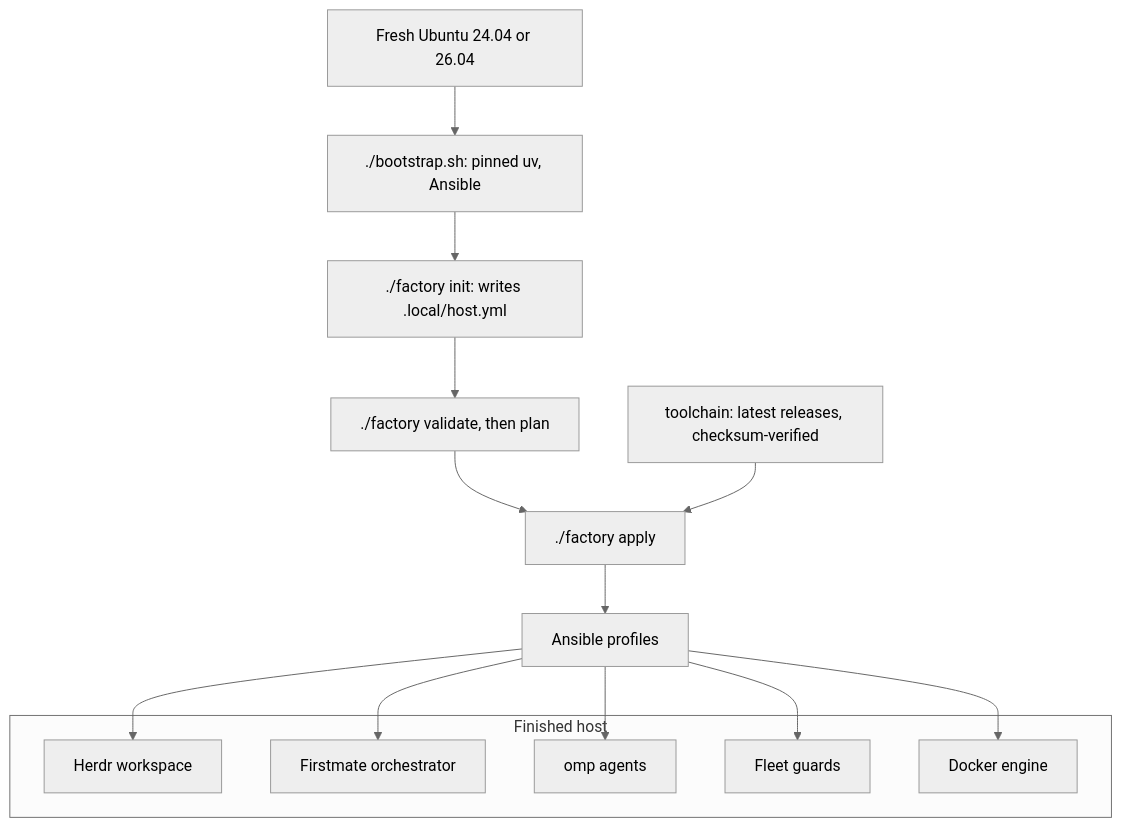
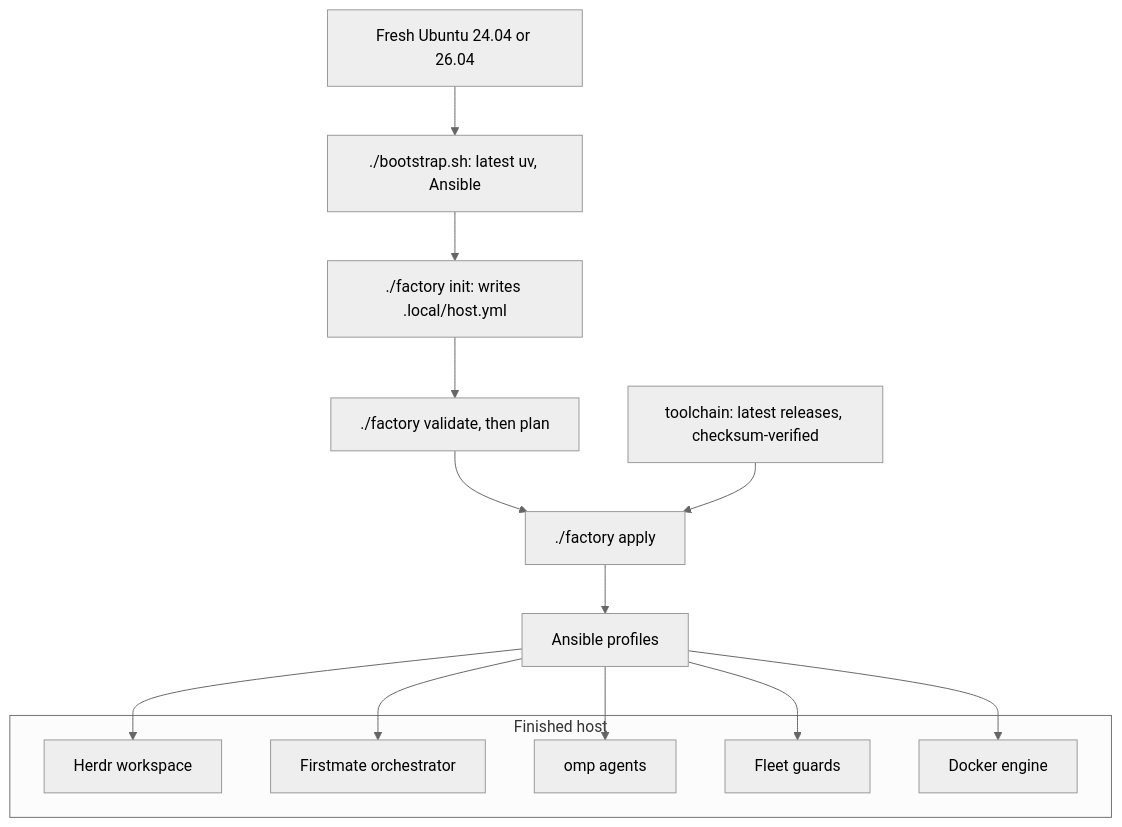
The diagram in README.md (i098/Code-Factory), drawn with Mermaid (neutral theme) before and after one commit. The commit also changed other lines of this file and 37 other files, not shown here.

````diff
--- a/README.md
+++ b/README.md
@@ -5,21 +5,21 @@
 ```mermaid
 flowchart TD
-    box["Fresh Ubuntu 24.04 or 26.04"] --> boot["./bootstrap.sh: pinned uv, Ansible"]
+    box["Fresh Ubuntu 24.04 or 26.04"] --> boot["./bootstrap.sh: latest uv, Ansible"]
     boot --> init["./factory init: writes .local/host.yml"]
     init --> check["./factory validate, then plan"]
     check --> apply["./factory apply"]
     lock["toolchain: latest releases, checksum-verified"] --> apply
     apply --> profiles["Ansible profiles"]
     subgraph host["Finished host"]
         herdr["Herdr workspace"]
         fm["Firstmate orchestrator"]
         agents["omp agents"]
         guards["Fleet guards"]
         docker["Docker engine"]
     end
     profiles --> herdr
     profiles --> fm
     profiles --> agents
     profiles --> guards
     profiles --> docker
 ```
````
